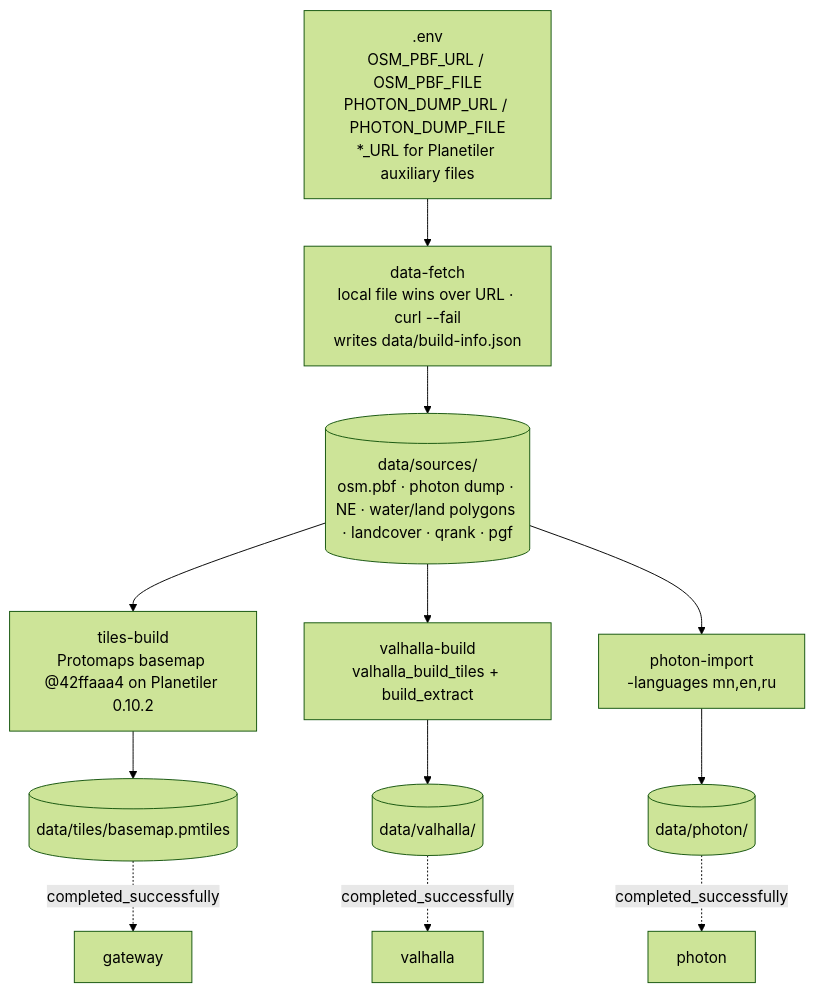
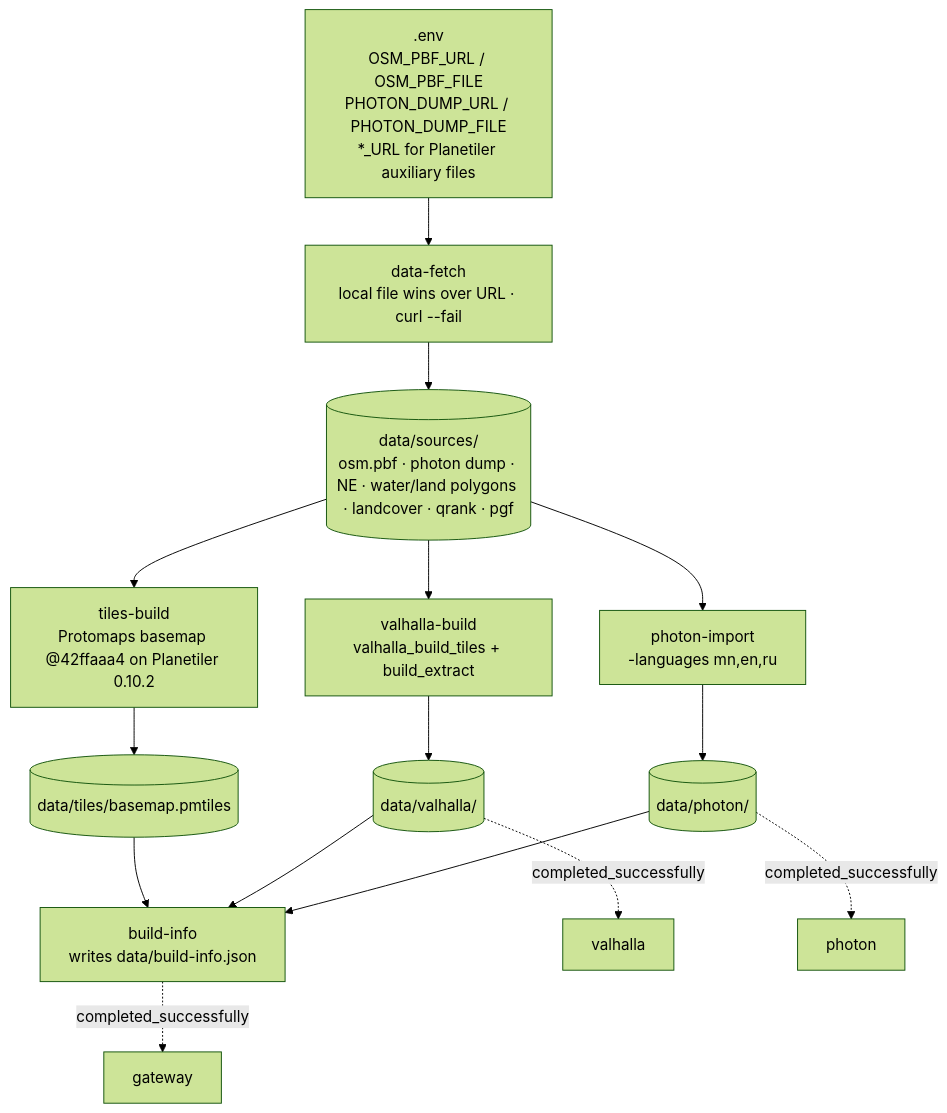
One commit to Uranbold/test.github.io changed the second of 3 diagrams in docs/architecture/system-overview.md. Above: the diagram before and after it, drawn with Mermaid (forest theme). The commit also changed other lines of this file and 5 other files, not shown here.

First line of the commit message:
NAV-001: WIP architect updates and QA tests from running workflow (not yet verified)

````diff
--- a/docs/architecture/system-overview.md
+++ b/docs/architecture/system-overview.md
@@ -45,14 +45,17 @@
 ```mermaid
 flowchart TD
   ENV[".env<br/>OSM_PBF_URL / OSM_PBF_FILE<br/>PHOTON_DUMP_URL / PHOTON_DUMP_FILE<br/>*_URL for Planetiler auxiliary files"] --> F
-  F["data-fetch<br/>local file wins over URL · curl --fail<br/>writes data/build-info.json"] --> SRC[("data/sources/<br/>osm.pbf · photon dump · NE · water/land polygons · landcover · qrank · pgf")]
+  F["data-fetch<br/>local file wins over URL · curl --fail"] --> SRC[("data/sources/<br/>osm.pbf · photon dump · NE · water/land polygons · landcover · qrank · pgf")]
   SRC --> T["tiles-build<br/>Protomaps basemap @42ffaaa4 on Planetiler 0.10.2"]
   SRC --> V["valhalla-build<br/>valhalla_build_tiles + build_extract"]
   SRC --> P["photon-import<br/>-languages mn,en,ru"]
   T --> TA[("data/tiles/basemap.pmtiles")]
   V --> VA[("data/valhalla/")]
   P --> PA[("data/photon/")]
-  TA -.->|completed_successfully| GW[gateway]
+  TA --> BI["build-info<br/>writes data/build-info.json"]
+  VA --> BI
+  PA --> BI
+  BI -.->|completed_successfully| GW[gateway]
   VA -.->|completed_successfully| VH[valhalla]
   PA -.->|completed_successfully| PH[photon]
 ```
````
